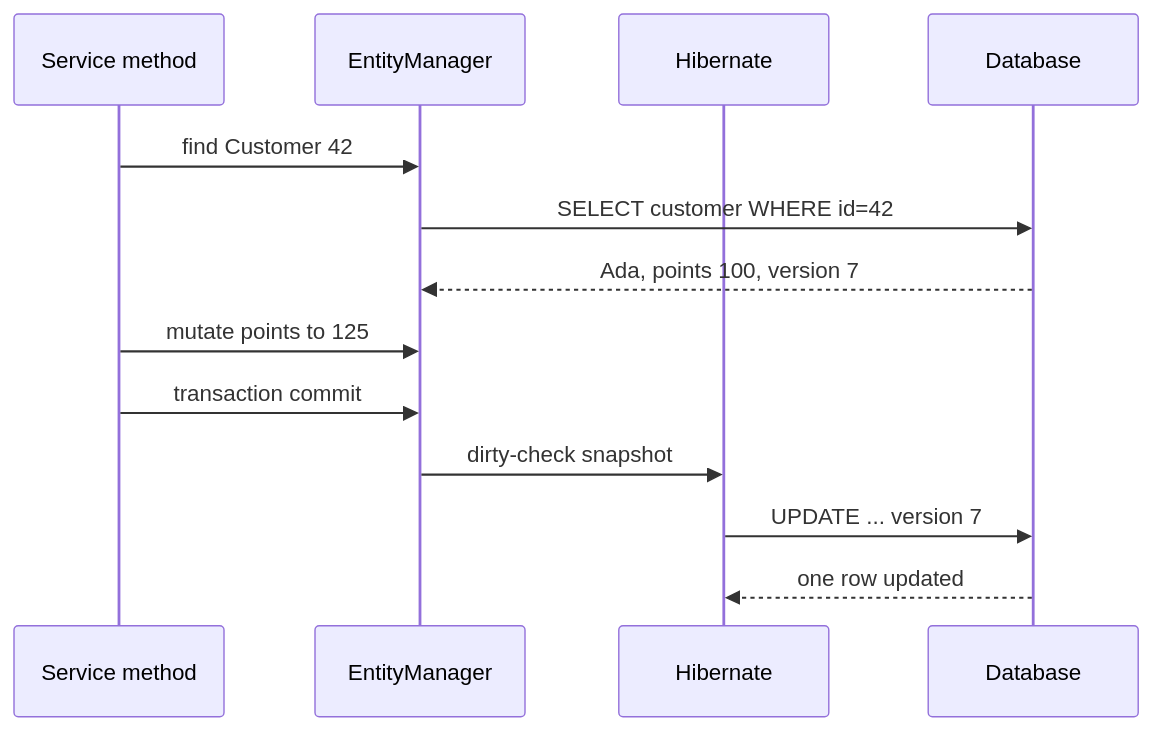
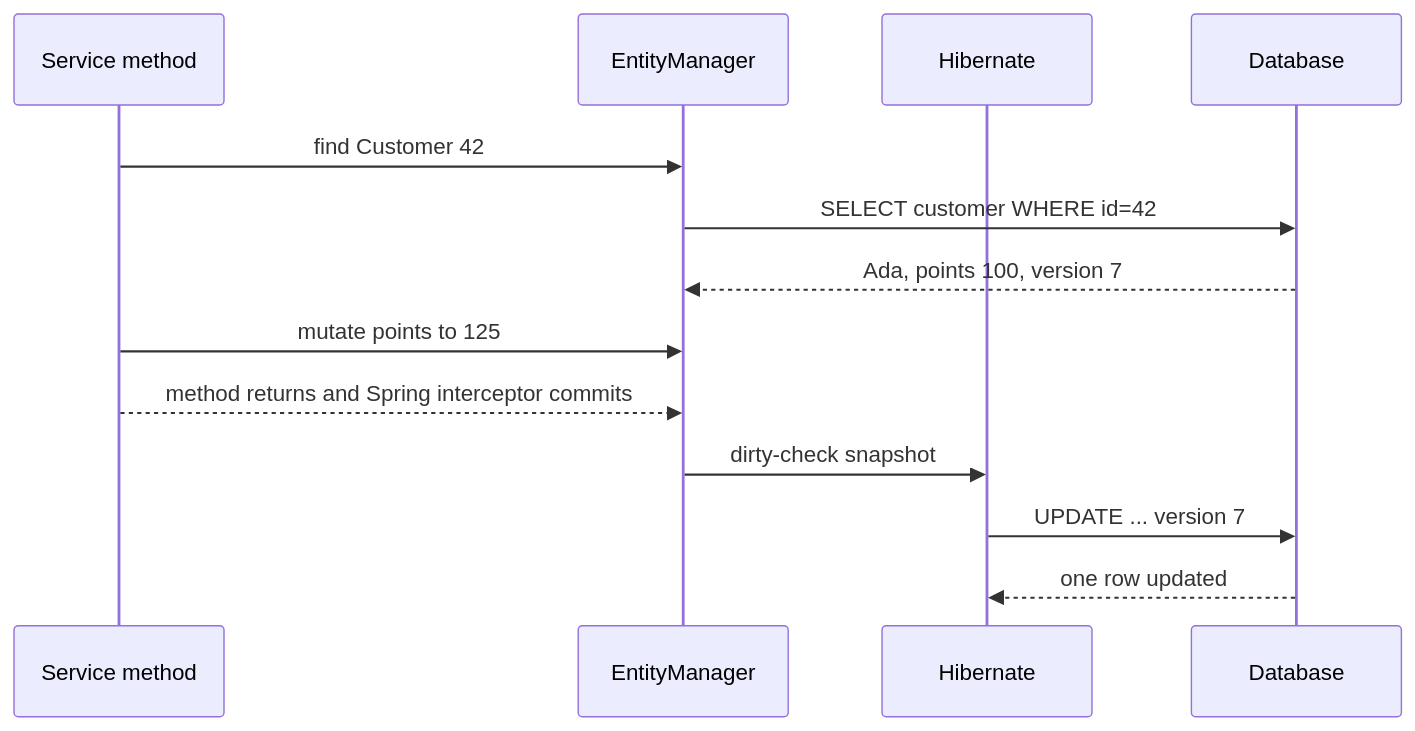
The third of 4 diagrams in content/java-spring/04-jpa-hibernate-lifecycle.md (Prem-Duvvapu/cs-fundamentals-with-ui), drawn with Mermaid before and after one commit. The commit also changed other lines of this file and 31 other files, not shown here.

````diff
--- a/content/java-spring/04-jpa-hibernate-lifecycle.md
+++ b/content/java-spring/04-jpa-hibernate-lifecycle.md
@@ -204,15 +207,15 @@
 ```mermaid
 sequenceDiagram
     participant S as Service method
     participant E as EntityManager
     participant H as Hibernate
     participant D as Database
     S->>E: find Customer 42
     E->>D: SELECT customer WHERE id=42
     D-->>E: Ada, points 100, version 7
     S->>E: mutate points to 125
-    S->>E: transaction commit
+    S-->>E: method returns and Spring interceptor commits
     E->>H: dirty-check snapshot
     H->>D: UPDATE ... version 7
     D-->>H: one row updated
 ```
````
